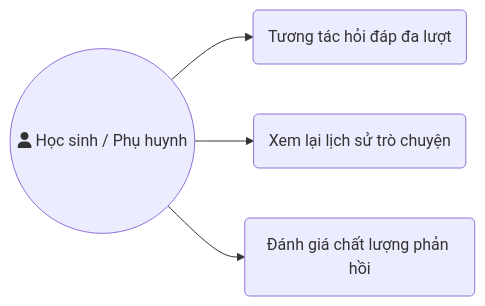
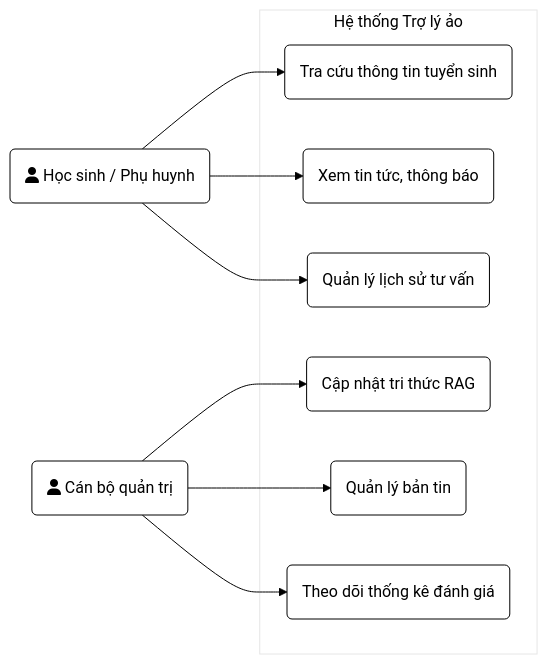
The first of 7 diagrams in Planning/Content/2_Chuong2.md (tranhongs0n/DATN), drawn with Mermaid before and after one commit. The commit also changed other lines of this file and 17 other files, not shown here.

````diff
--- a/Planning/Content/2_Chuong2.md
+++ b/Planning/Content/2_Chuong2.md
@@ -45,10 +11,24 @@
 ```mermaid
-graph LR
-    User(("fa:fa-user Học sinh / Phụ huynh"))
-    UC1(Tương tác hỏi đáp đa lượt)
-    UC2(Xem lại lịch sử trò chuyện)
-    UC3(Đánh giá chất lượng phản hồi)
-    User --> UC1
-    User --> UC2
-    User --> UC3
+%%{init: {'theme': 'base', 'themeVariables': { 'primaryColor': '#ffffff', 'primaryBorderColor': '#000000', 'primaryTextColor': '#000000', 'lineColor': '#000000', 'background': '#ffffff'}}}%%
+flowchart LR
+    actorUser(fa:fa-user Học sinh / Phụ huynh)
+    actorAdmin(fa:fa-user Cán bộ quản trị)
+
+    subgraph Hệ thống Trợ lý ảo
+        UC1(Tra cứu thông tin tuyển sinh)
+        UC2(Xem tin tức, thông báo)
+        UC3(Quản lý lịch sử tư vấn)
+        
+        UC4(Cập nhật tri thức RAG)
+        UC5(Quản lý bản tin)
+        UC6(Theo dõi thống kê đánh giá)
+    end
+
+    actorUser --> UC1
+    actorUser --> UC2
+    actorUser --> UC3
+
+    actorAdmin --> UC4
+    actorAdmin --> UC5
+    actorAdmin --> UC6
 ```
````
